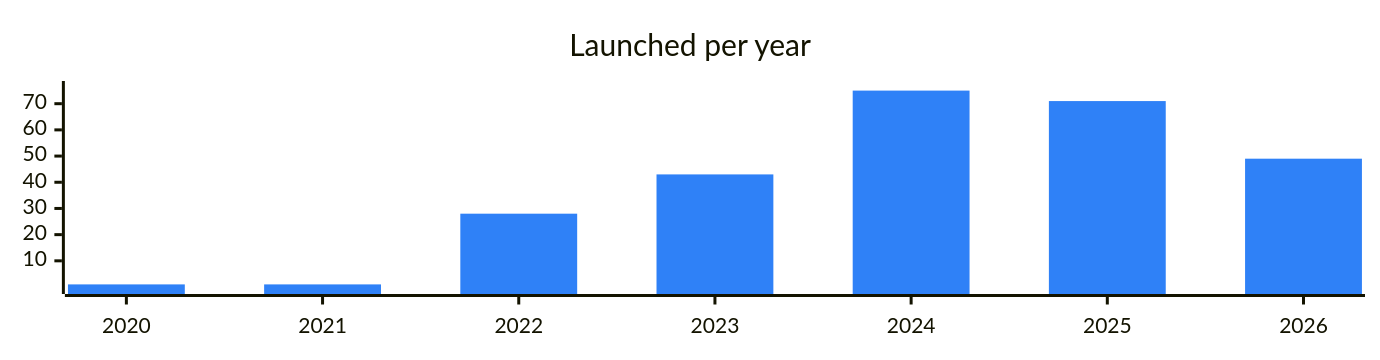
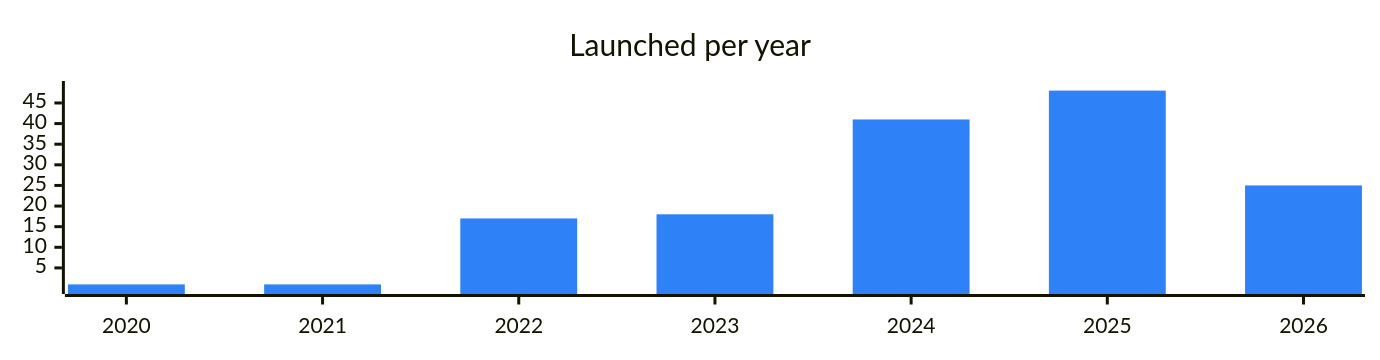
The diagram in categories/nftmarkets.md (vitalikgpt/gram-ecosystem), drawn with Mermaid before and after one commit. The commit also changed other lines of this file and 69 other files, not shown here.

````diff
--- a/categories/nftmarkets.md
+++ b/categories/nftmarkets.md
@@ -7,7 +7,7 @@
 ```mermaid
 %%{init: {"xyChart": {"width": 900, "height": 220}, "themeVariables": {"xyChart": {"plotColorPalette": "#2f81f7"}}}}%%
 xychart-beta
   title "Launched per year"
   x-axis ["2020", "2021", "2022", "2023", "2024", "2025", "2026"]
-  bar [1, 1, 28, 43, 75, 71, 49]
+  bar [1, 1, 17, 18, 41, 48, 25]
 ```
````
